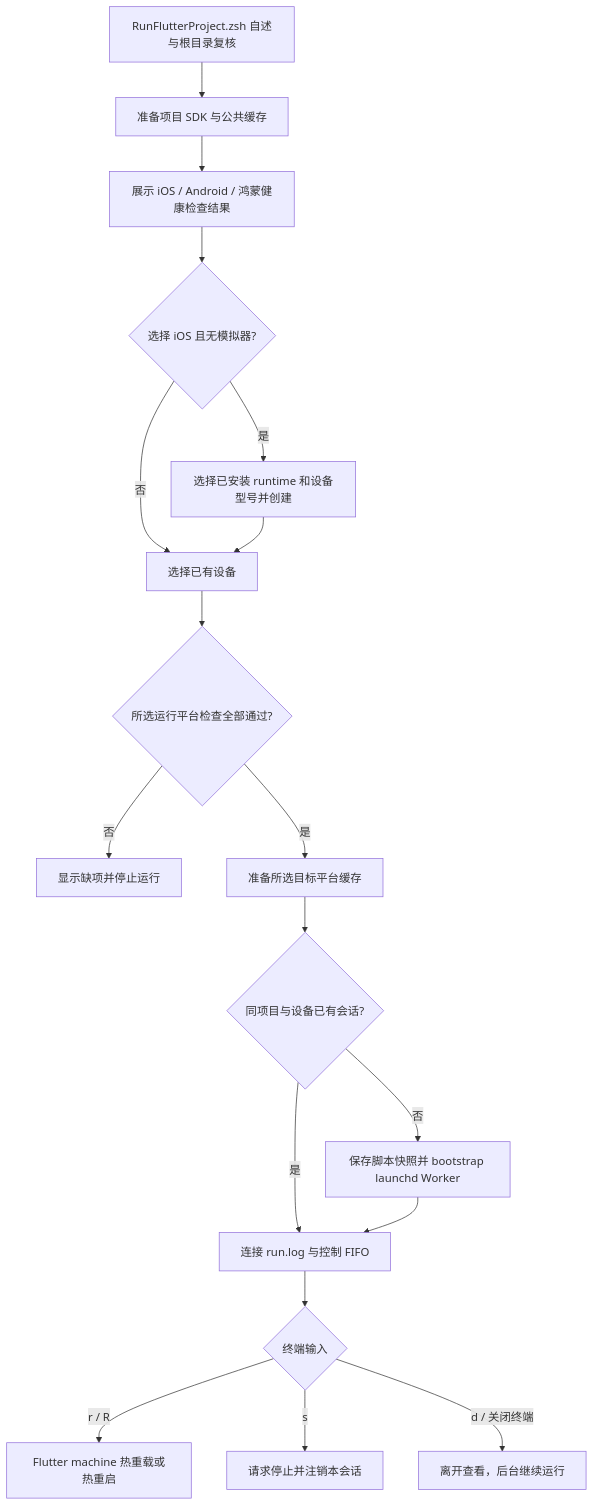
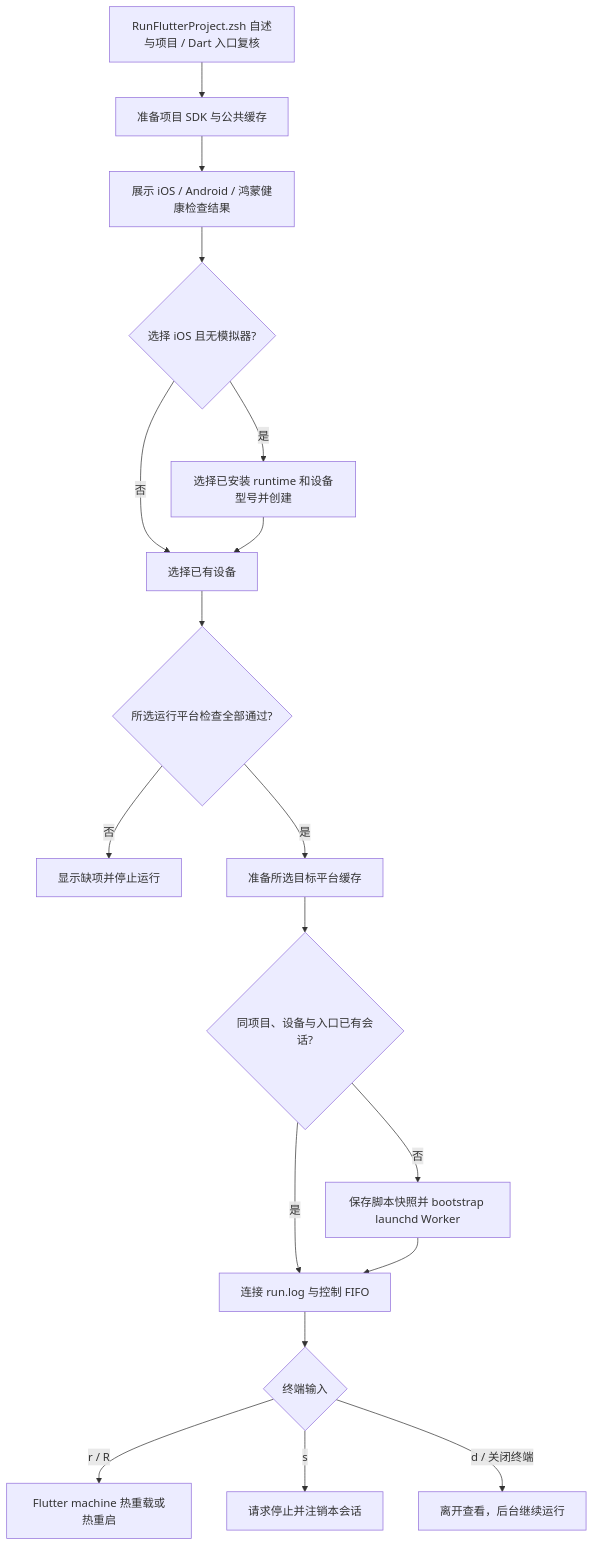
One commit to JobsKits/MacOS_Extension changed the second of 3 diagrams in JobsFlutterRunner/README.md. Above: the diagram before and after it, drawn with Mermaid. The commit also changed other lines of this file and 1576 other files, not shown here.

````diff
--- a/JobsFlutterRunner/README.md
+++ b/JobsFlutterRunner/README.md
@@ -162,20 +172,20 @@
 ```mermaid
 flowchart TD
-    A[RunFlutterProject.zsh 自述与根目录复核] --> B[准备项目 SDK 与公共缓存]
+    A[RunFlutterProject.zsh 自述与项目 / Dart 入口复核] --> B[准备项目 SDK 与公共缓存]
     B --> B1[展示 iOS / Android / 鸿蒙健康检查结果]
     B1 --> C{选择 iOS 且无模拟器?}
     C -->|是| D[选择已安装 runtime 和设备型号并创建]
     C -->|否| E[选择已有设备]
     D --> E
     E --> E1{所选运行平台检查全部通过?}
     E1 -->|否| E2[显示缺项并停止运行]
     E1 -->|是| E3[准备所选目标平台缓存]
-    E3 --> F{同项目与设备已有会话?}
+    E3 --> F{同项目、设备与入口已有会话?}
     F -->|是| H[连接 run.log 与控制 FIFO]
     F -->|否| G[保存脚本快照并 bootstrap launchd Worker]
     G --> H
     H --> I{终端输入}
     I -->|r / R| J[Flutter machine 热重载或热重启]
     I -->|s| K[请求停止并注销本会话]
     I -->|d / 关闭终端| L[离开查看，后台继续运行]
 ```
````
